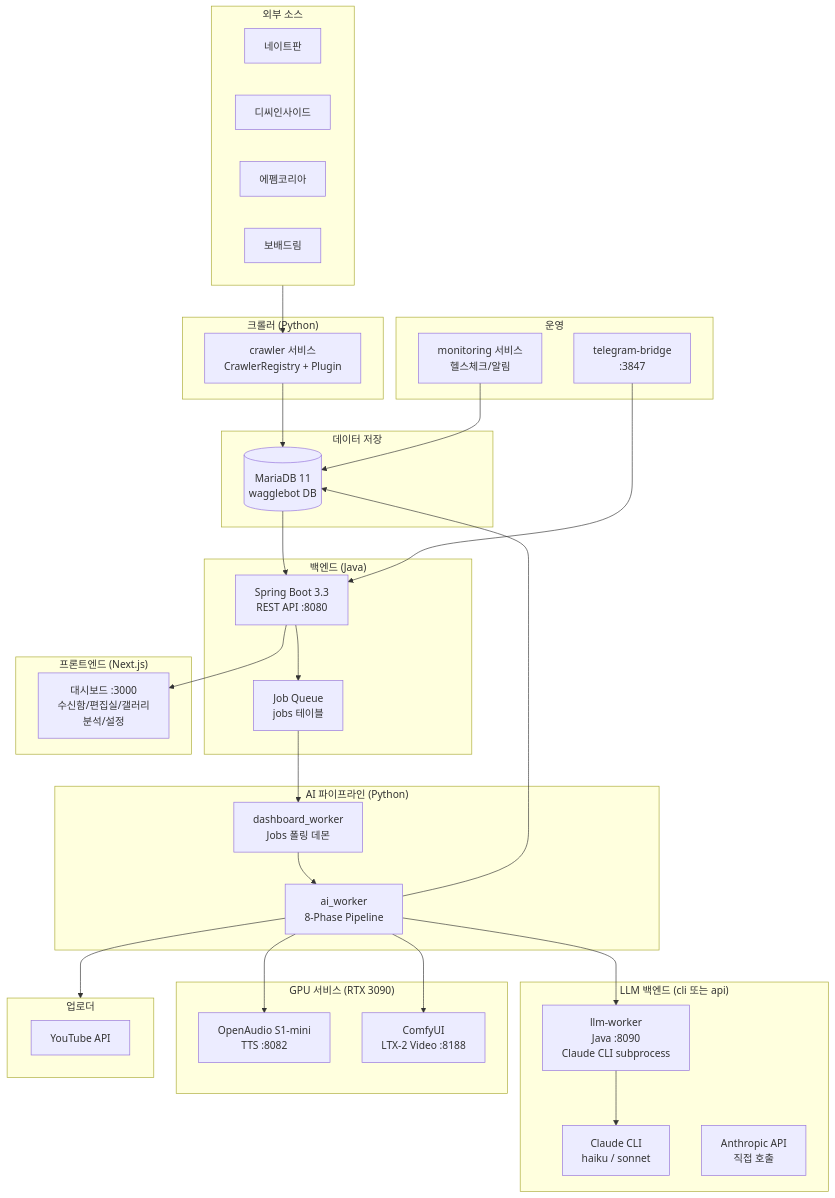
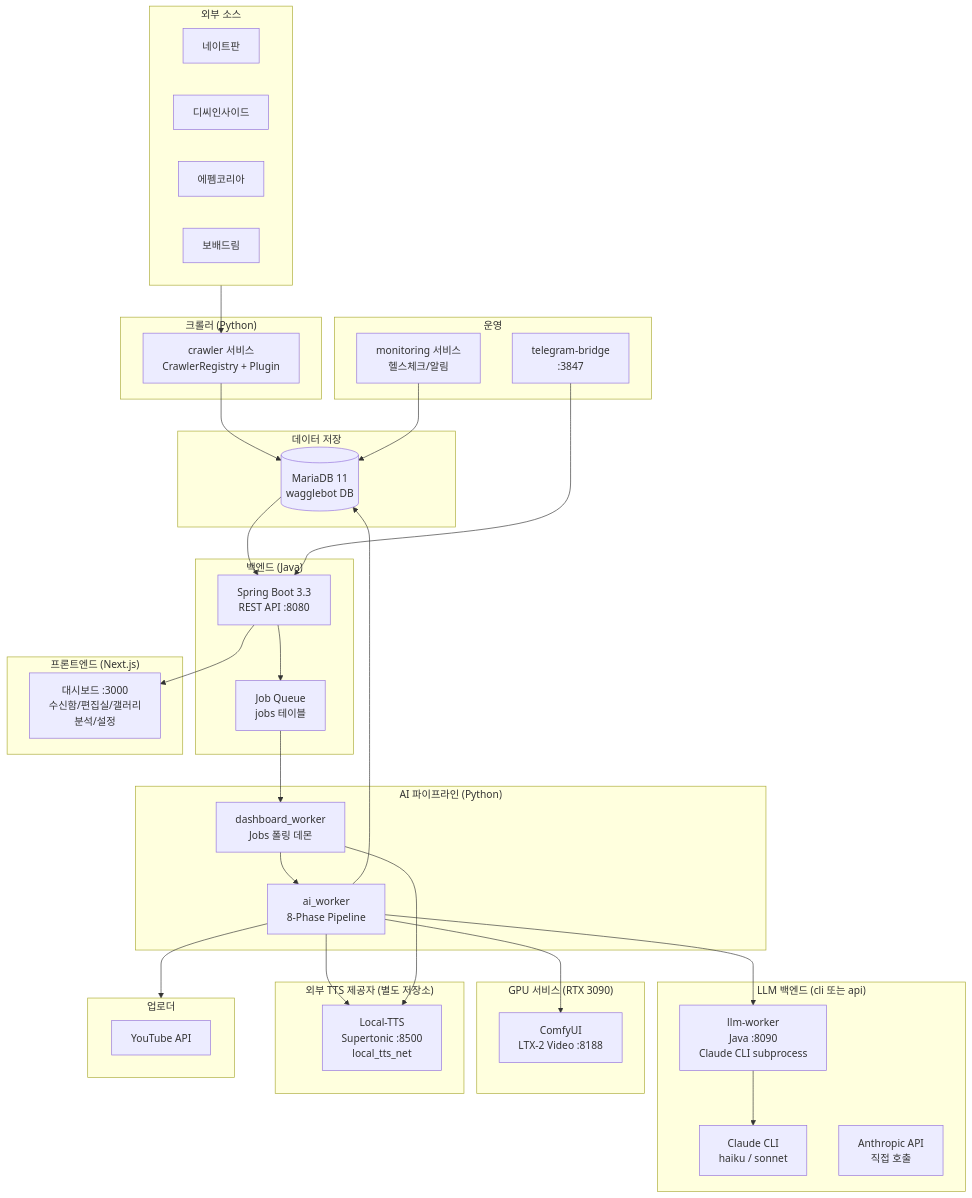
One commit to Justant-source/WaggleBot changed the diagram in docs/shared/10-context.md. Above: the diagram before and after it, drawn with Mermaid. The commit also changed other lines of this file and 81 other files, not shown here.

First line of the commit message:
feat(tts): Fish Speech 폐기, Local-TTS 제공자로 전환 (프리셋 보이스 M1~M5/F1~F5, 발음 프로필 wagglebot/shorts-ko)

````diff
--- a/docs/shared/10-context.md
+++ b/docs/shared/10-context.md
@@ -13,67 +13,71 @@
 ```mermaid
 flowchart TD
     subgraph External["외부 소스"]
         NATE[네이트판]
         DCINSIDE[디씨인사이드]
         FMKOREA[에펨코리아]
         BOBAEDREAM[보배드림]
     end
 
     subgraph Crawler["크롤러 (Python)"]
         CRAWL[crawler 서비스<br/>CrawlerRegistry + Plugin]
     end
 
     subgraph Storage["데이터 저장"]
         DB[(MariaDB 11<br/>wagglebot DB)]
     end
 
     subgraph Backend["백엔드 (Java)"]
         SPRING[Spring Boot 3.3<br/>REST API :8080]
         JOB[Job Queue<br/>jobs 테이블]
     end
 
     subgraph Frontend["프론트엔드 (Next.js)"]
         DASH[대시보드 :3000<br/>수신함/편집실/갤러리<br/>분석/설정]
     end
 
     subgraph AI_Pipeline["AI 파이프라인 (Python)"]
         AI[ai_worker<br/>8-Phase Pipeline]
         DW[dashboard_worker<br/>Jobs 폴링 데몬]
     end
 
     subgraph LLM["LLM 백엔드 (cli 또는 api)"]
         LLM_W[llm-worker<br/>Java :8090<br/>Claude CLI subprocess]
         CLAUDE_CLI[Claude CLI<br/>haiku / sonnet]
         ANTHROPIC_API[Anthropic API<br/>직접 호출]
     end
 
     subgraph GPU_Services["GPU 서비스 (RTX 3090)"]
-        FISH[OpenAudio S1-mini<br/>TTS :8082]
         COMFY[ComfyUI<br/>LTX-2 Video :8188]
+    end
+
+    subgraph TTS_Provider["외부 TTS 제공자 (별도 저장소)"]
+        LTTS[Local-TTS<br/>Supertonic :8500<br/>local_tts_net]
     end
 
     subgraph Upload["업로더"]
         YT[YouTube API]
     end
 
     subgraph Monitoring["운영"]
         MON[monitoring 서비스<br/>헬스체크/알림]
         TG[telegram-bridge<br/>:3847]
     end
 
     External --> CRAWL
     CRAWL --> DB
     DB --> SPRING
     SPRING --> JOB
     JOB --> DW
     DW --> AI
     AI --> LLM_W
     LLM_W --> CLAUDE_CLI
-    AI --> FISH
+    AI --> LTTS
+    DW --> LTTS
     AI --> COMFY
     AI --> DB
     SPRING --> DASH
     AI --> Upload
     MON --> DB
     TG --> SPRING
 ```
````
